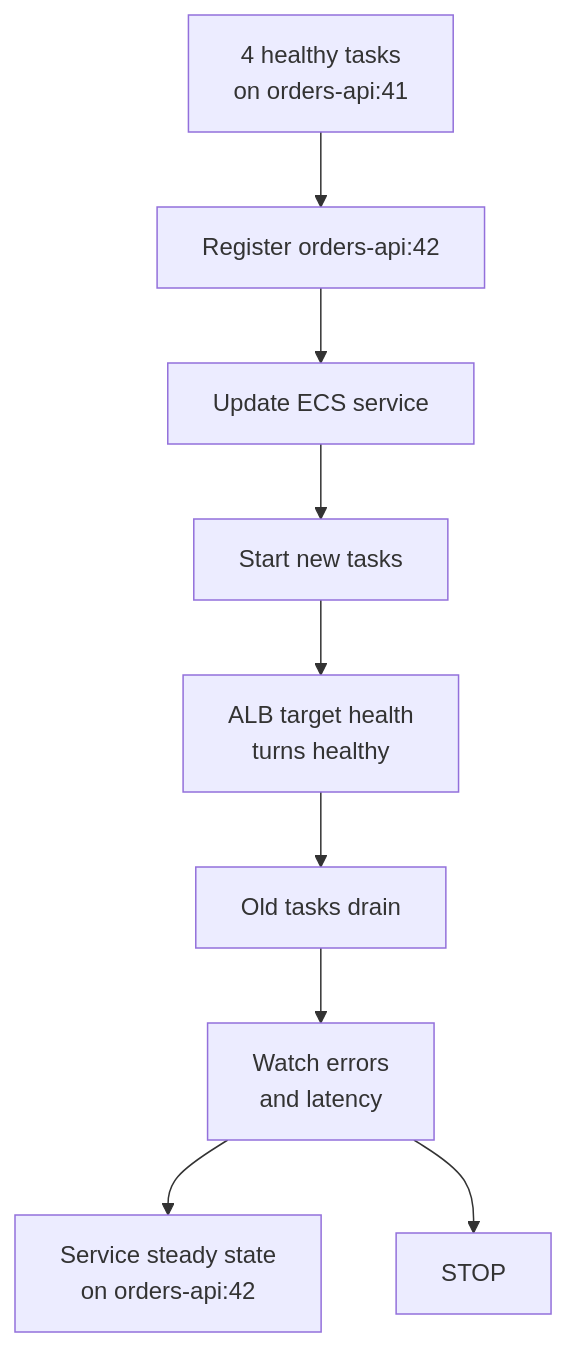
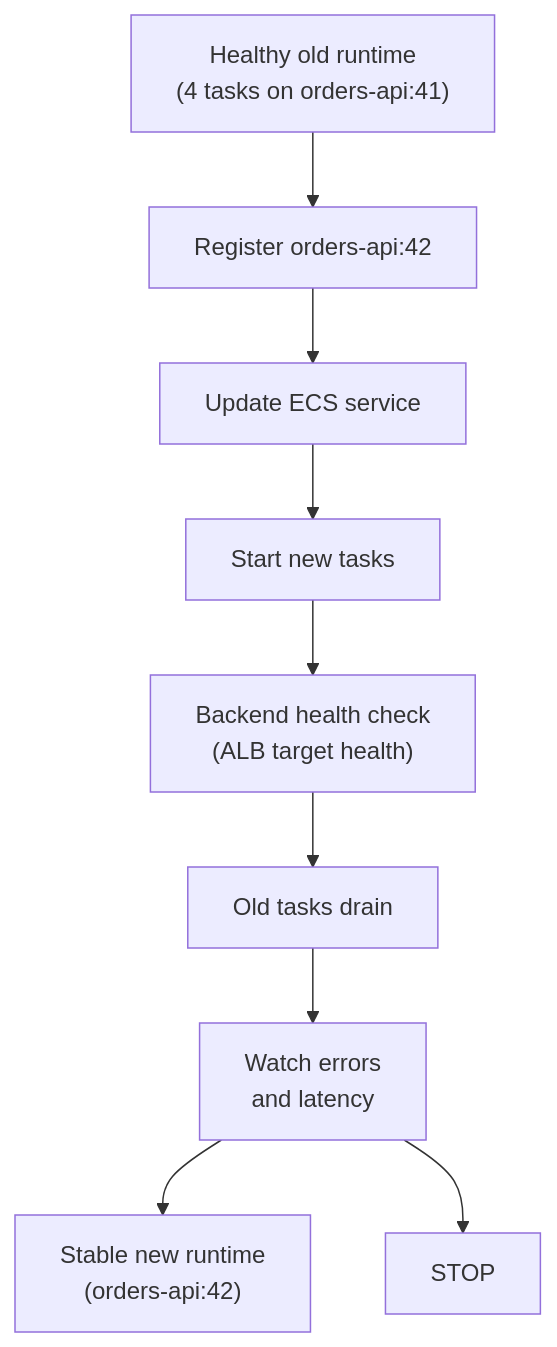
Before and after one commit to senlinyy/dev-roadmaps: the diagram in cicd/deployment-strategies/rolling-deployments-and-rollbacks.md, drawn with Mermaid. The commit also changed 89 other files, not shown here.

````diff
--- a/cicd/deployment-strategies/rolling-deployments-and-rollbacks.md
+++ b/cicd/deployment-strategies/rolling-deployments-and-rollbacks.md
@@ -91,11 +91,11 @@
 ```mermaid
 graph TD
-    START["4 healthy tasks\non orders-api:41"] --> REGISTER["Register orders-api:42"]
+    START["Healthy old runtime<br/>(4 tasks on orders-api:41)"] --> REGISTER["Register orders-api:42"]
     REGISTER --> UPDATE["Update ECS service"]
     UPDATE --> NEWTASK["Start new tasks"]
-    NEWTASK --> HEALTH["ALB target health\nturns healthy"]
+    NEWTASK --> HEALTH["Backend health check<br/>(ALB target health)"]
     HEALTH --> DRAIN["Old tasks drain"]
     DRAIN --> WATCH["Watch errors\nand latency"]
-    WATCH --> FULL["Service steady state\non orders-api:42"]
+    WATCH --> FULL["Stable new runtime<br/>(orders-api:42)"]
     WATCH --> STOP
 ```
````
